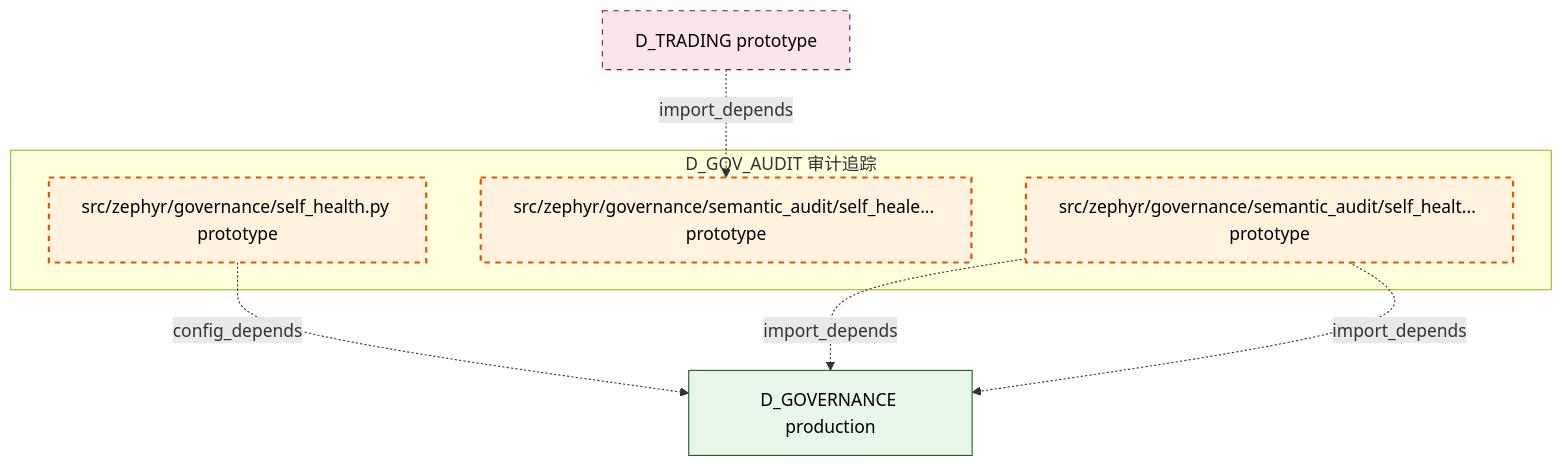
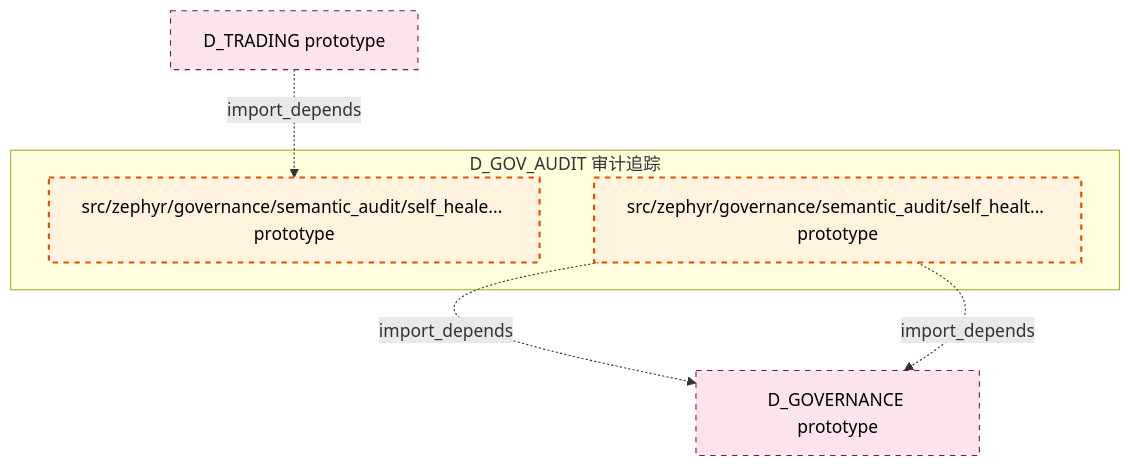
The seventh of 7 diagrams in docs/02_enterprise_architecture/02_domain_architecture_docs/34_d_gov_audit.md (xuanFelixVan/ZephyrAlpha), drawn with Mermaid before and after one commit. The commit also changed other lines of this file and 105 other files, not shown here.

````diff
--- a/docs/02_enterprise_architecture/02_domain_architecture_docs/34_d_gov_audit.md
+++ b/docs/02_enterprise_architecture/02_domain_architecture_docs/34_d_gov_audit.md
@@ -541,21 +546,18 @@
 ```mermaid
 graph TD
     subgraph D_GOV_AUDIT["D_GOV_AUDIT 审计追踪"]
-        src_zephyr_governance_self_health_py["src/zephyr/governance/self_health.py prototype"]
         src_zephyr_governance_semantic_audit_self_healer_py["src/zephyr/governance/semantic_audit/self_heale... prototype"]
         src_zephyr_governance_semantic_audit_self_health_py["src/zephyr/governance/semantic_audit/self_healt... prototype"]
     end
-    D_GOVERNANCE["D_GOVERNANCE production"]
-    src_zephyr_governance_self_health_py -.->|config_depends| D_GOVERNANCE
+    D_GOVERNANCE["D_GOVERNANCE prototype"]
     src_zephyr_governance_semantic_audit_self_health_py -.->|import_depends| D_GOVERNANCE
     src_zephyr_governance_semantic_audit_self_health_py -.->|import_depends| D_GOVERNANCE
     D_TRADING["D_TRADING prototype"]
     D_TRADING -.->|import_depends| src_zephyr_governance_semantic_audit_self_healer_py
     classDef production fill:#e1f5fe,stroke:#01579b,stroke-width:2px,color:#000
     classDef design fill:#fff3e0,stroke:#e65100,stroke-width:2px,color:#000,stroke-dasharray: 5 5
     classDef external_prod fill:#e8f5e9,stroke:#1b5e20,stroke-width:1px,color:#000
     classDef external_design fill:#fce4ec,stroke:#880e4f,stroke-width:1px,color:#000,stroke-dasharray: 5 5
-    class src_zephyr_governance_self_health_py,src_zephyr_governance_semantic_audit_self_healer_py,src_zephyr_governance_semantic_audit_self_health_py design
-    class D_GOVERNANCE external_prod
-    class D_TRADING external_design
+    class src_zephyr_governance_semantic_audit_self_healer_py,src_zephyr_governance_semantic_audit_self_health_py design
+    class D_GOVERNANCE,D_TRADING external_design
 ```
````
